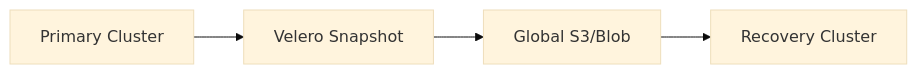
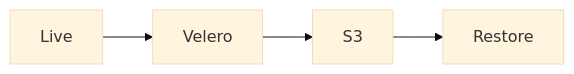
The eighth of 30 diagrams in README.md (Devopstrio/hybrid-kubernetes-pattern), drawn with Mermaid (base theme) before and after one commit. The commit also changed other lines of this file, not shown here.

Commit message:
docs: expand README with 30+ architectural diagrams

````diff
--- a/README.md
+++ b/README.md
@@ -186,6 +99,6 @@
 ```mermaid
 graph LR
-    Live[Primary Cluster] --> Snap[Velero Snapshot]
-    Snap --> S3[Global S3/Blob]
-    S3 --> Restore[Recovery Cluster]
+    L[Live] --> V[Velero]
+    V --> S[S3]
+    S --> R[Restore]
 ```
````
